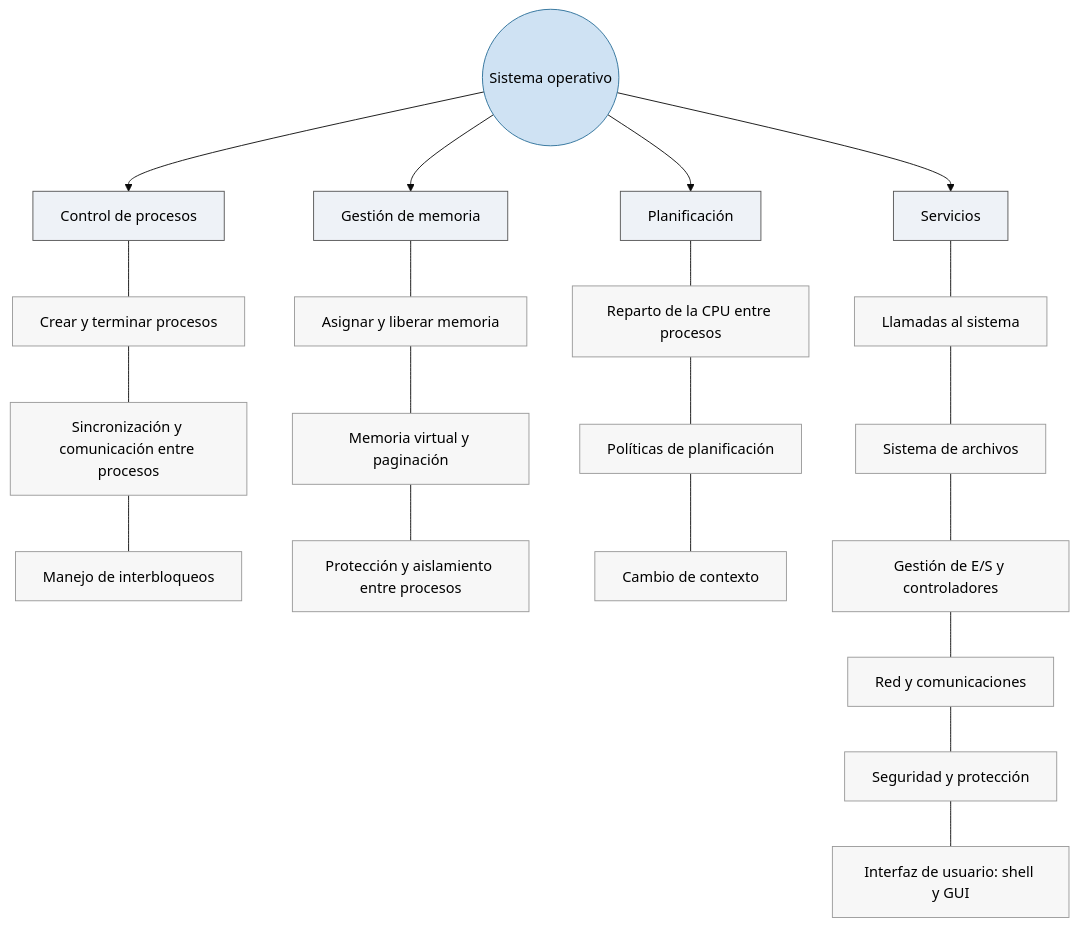
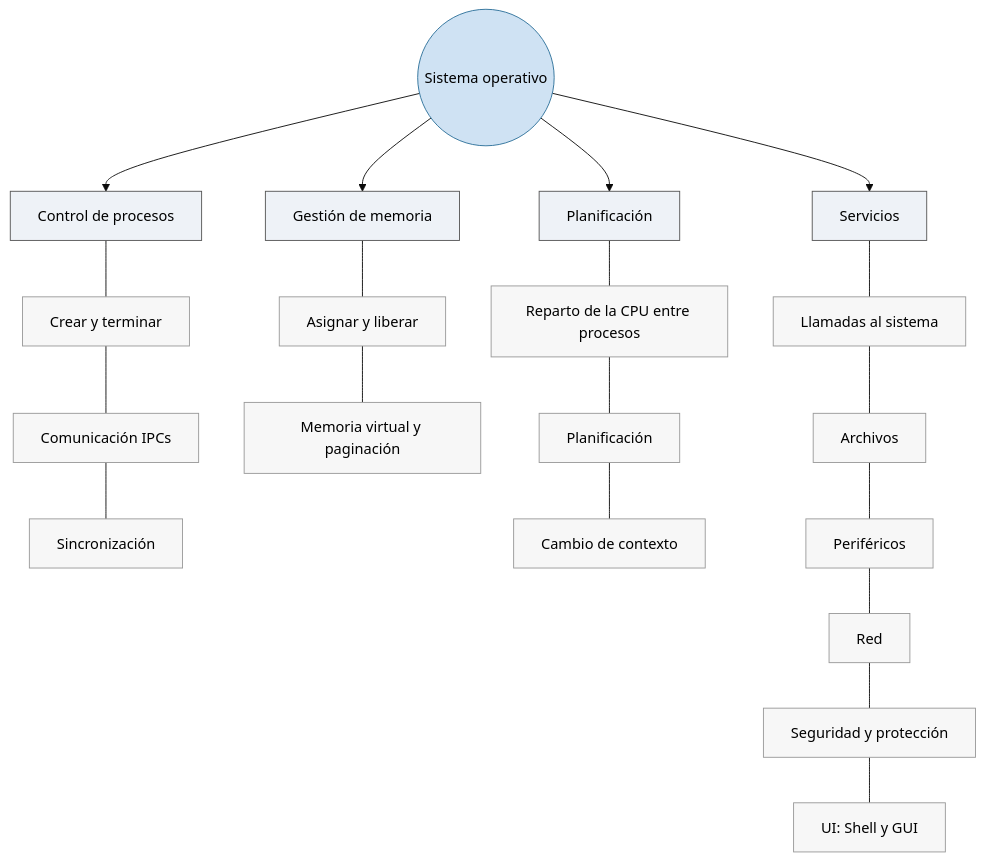
Before and after one commit to asiermarzo/ssoo: the first of 3 diagrams in TEORIA/01-introduccion-a-los-sistemas-operativos/README.md, drawn with Mermaid (base theme). The commit also changed other lines of this file and 3 other files, not shown here.

````diff
--- a/TEORIA/01-introduccion-a-los-sistemas-operativos/README.md
+++ b/TEORIA/01-introduccion-a-los-sistemas-operativos/README.md
@@ -19,35 +17,34 @@
 ```mermaid
 flowchart TD
     SO((Sistema operativo))
 
     SO --> CP[Control de procesos]
     SO --> CR[Gestión de memoria]
     SO --> PL[Planificación]
     SO --> SV[Servicios]
 
-    CP --- CP1[Crear y terminar procesos]
-    CP1 --- CP2[Sincronización y comunicación entre procesos]
-    CP2 --- CP3[Manejo de interbloqueos]
+    CP --- CP1[Crear y terminar]
+    CP1 --- CP2[Comunicación  IPCs]
+    CP2 --- CP3[Sincronización]
 
-    CR --- CR1[Asignar y liberar memoria]
+    CR --- CR1[Asignar y liberar]
     CR1 --- CR2[Memoria virtual y paginación]
-    CR2 --- CR3[Protección y aislamiento entre procesos]
 
     PL --- PL1[Reparto de la CPU entre procesos]
-    PL1 --- PL2[Políticas de planificación]
+    PL1 --- PL2[Planificación]
     PL2 --- PL3[Cambio de contexto]
 
     SV --- SV1[Llamadas al sistema]
-    SV1 --- SV2[Sistema de archivos]
-    SV2 --- SV3[Gestión de E/S y controladores]
-    SV3 --- SV4[Red y comunicaciones]
+    SV1 --- SV2[Archivos]
+    SV2 --- SV3[Periféricos]
+    SV3 --- SV4[Red]
     SV4 --- SV5[Seguridad y protección]
-    SV5 --- SV6[Interfaz de usuario: shell y GUI]
+    SV5 --- SV6[UI: Shell y GUI]
 
     classDef core fill:#cfe2f3,stroke:#2b6f99,color:#000;
     classDef func fill:#eef2f7,stroke:#555,color:#000;
     classDef leaf fill:#f7f7f7,stroke:#999,color:#000;
     class SO core;
     class CP,CR,PL,SV func;
-    class CP1,CP2,CP3,CR1,CR2,CR3,PL1,PL2,PL3,SV1,SV2,SV3,SV4,SV5,SV6 leaf;
+    class CP1,CP2,CP3,CR1,CR2,PL1,PL2,PL3,SV1,SV2,SV3,SV4,SV5,SV6 leaf;
 ```
````
